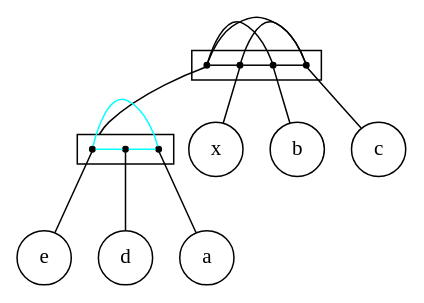
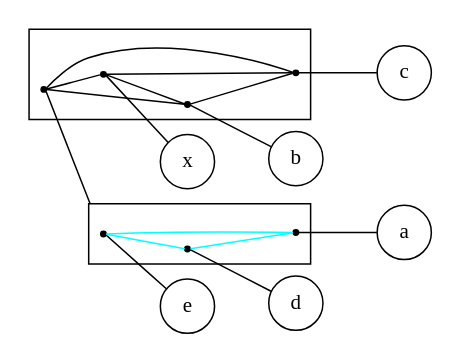
Before and after one commit to lrodrin/TFG: the diagram in src/final/linear_2-structure.dot, drawn with Graphviz. The commit also changed 13 other files, not shown here.

```diff
--- a/src/final/linear_2-structure.dot
+++ b/src/final/linear_2-structure.dot
@@ -1,48 +1,37 @@
-digraph G {
+digraph "linear_2-structure" {
 compound=true;
 fontname=Verdana;
 fontsize=12;
-x [shape=circle];
-b [shape=circle];
-c [shape=circle];
-e [shape=circle];
-d [shape=circle];
-a [shape=circle];
-subgraph cluster_xcadbe {
-s_ade [label=" ", fixedsize=true, shape=point];
-s_x [label=" ", fixedsize=true, shape=point];
-s_b [label=" ", fixedsize=true, shape=point];
-s_c [label=" ", fixedsize=true, shape=point];
-subgraph  {
-rank=same;
-s_ade -> s_x  [arrowhead=none, color=black];
-s_ade -> s_b  [arrowhead=none, color=black];
-s_ade -> s_c  [arrowhead=none, color=black];
+rankdir=LR;
+node [shape=circle];
+a;
+c;
+b;
+x;
+d;
+e;
+subgraph cluster_eda {
+node [shape=point];
+s_e -> s_d  [arrowhead=none, color=cyan];
+s_e -> s_a  [arrowhead=none, color=cyan];
+s_d -> s_a  [arrowhead=none, color=cyan];
+}
+
+subgraph cluster_eabdcx {
+node [shape=point];
+s_eda -> s_x  [arrowhead=none, color=black];
+s_eda -> s_b  [arrowhead=none, color=black];
+s_eda -> s_c  [arrowhead=none, color=black];
 s_x -> s_b  [arrowhead=none, color=black];
 s_x -> s_c  [arrowhead=none, color=black];
 s_b -> s_c  [arrowhead=none, color=black];
 }
 
+s_a -> a  [arrowhead=none];
+s_c -> c  [arrowhead=none];
+s_b -> b  [arrowhead=none];
+s_x -> x  [arrowhead=none];
+s_d -> d  [arrowhead=none];
+s_e -> e  [arrowhead=none];
+s_eda -> s_e  [arrowhead=none, lhead=cluster_eda];
 }
-
-subgraph cluster_ade {
-s_e [label=" ", fixedsize=true, shape=point];
-s_d [label=" ", fixedsize=true, shape=point];
-s_a [label=" ", fixedsize=true, shape=point];
-subgraph  {
-rank=same;
-s_e -> s_d  [arrowhead=none, color=cyan];
-s_e -> s_a  [arrowhead=none, color=cyan];
-s_d -> s_a  [arrowhead=none, color=cyan];
-}
-
-}
-
-s_x -> x  [arrowhead=none];
-s_b -> b  [arrowhead=none];
-s_c -> c  [arrowhead=none];
-s_e -> e  [arrowhead=none];
-s_d -> d  [arrowhead=none];
-s_a -> a  [arrowhead=none];
-s_ade -> s_e  [arrowhead=none, lhead=cluster_ade];
-}
```
